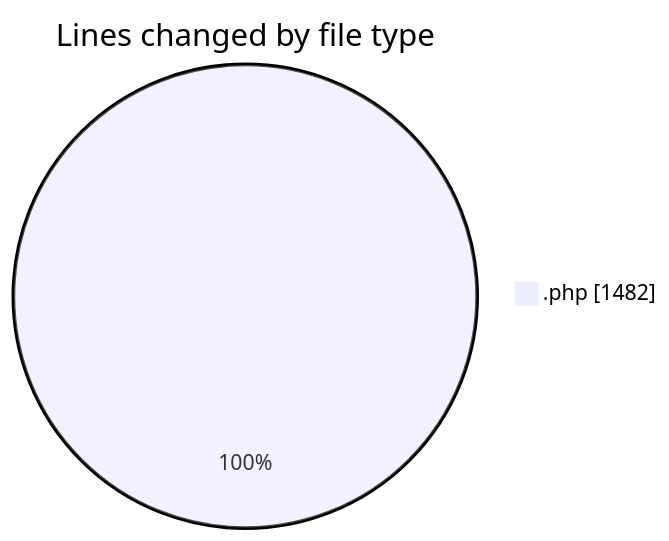
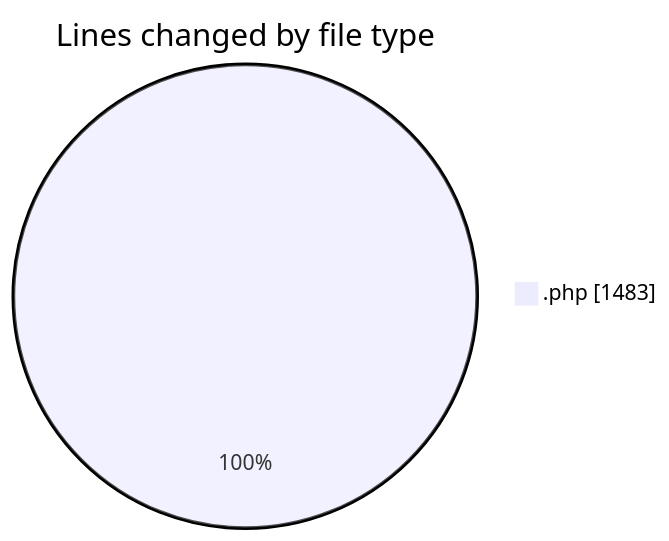
One commit to debugP/code-tracking changed the first of 2 diagrams in 2026-07-09/wp-content/README.md. Above: the diagram before and after it, drawn with Mermaid. The commit also changed other lines of this file and 1 other file, not shown here.

````diff
--- a/2026-07-09/wp-content/README.md
+++ b/2026-07-09/wp-content/README.md
@@ -22,5 +22,5 @@
 ```mermaid
 pie showData
 title Lines changed by file type
-".php" : 1482
+".php" : 1483
 ```
````
